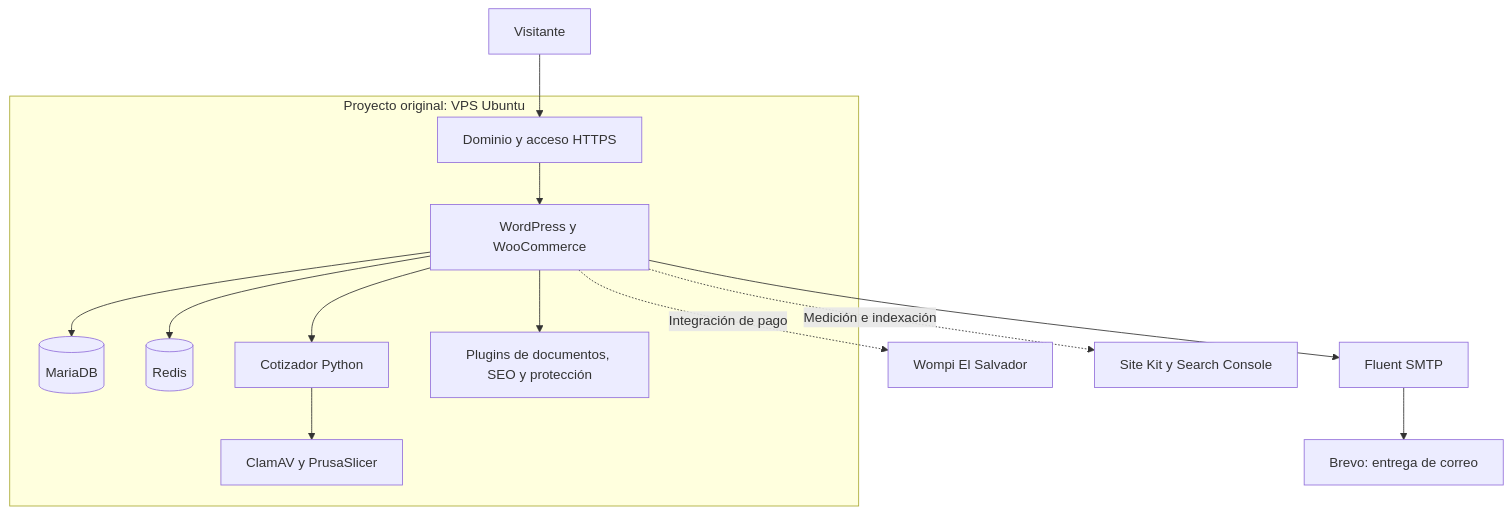
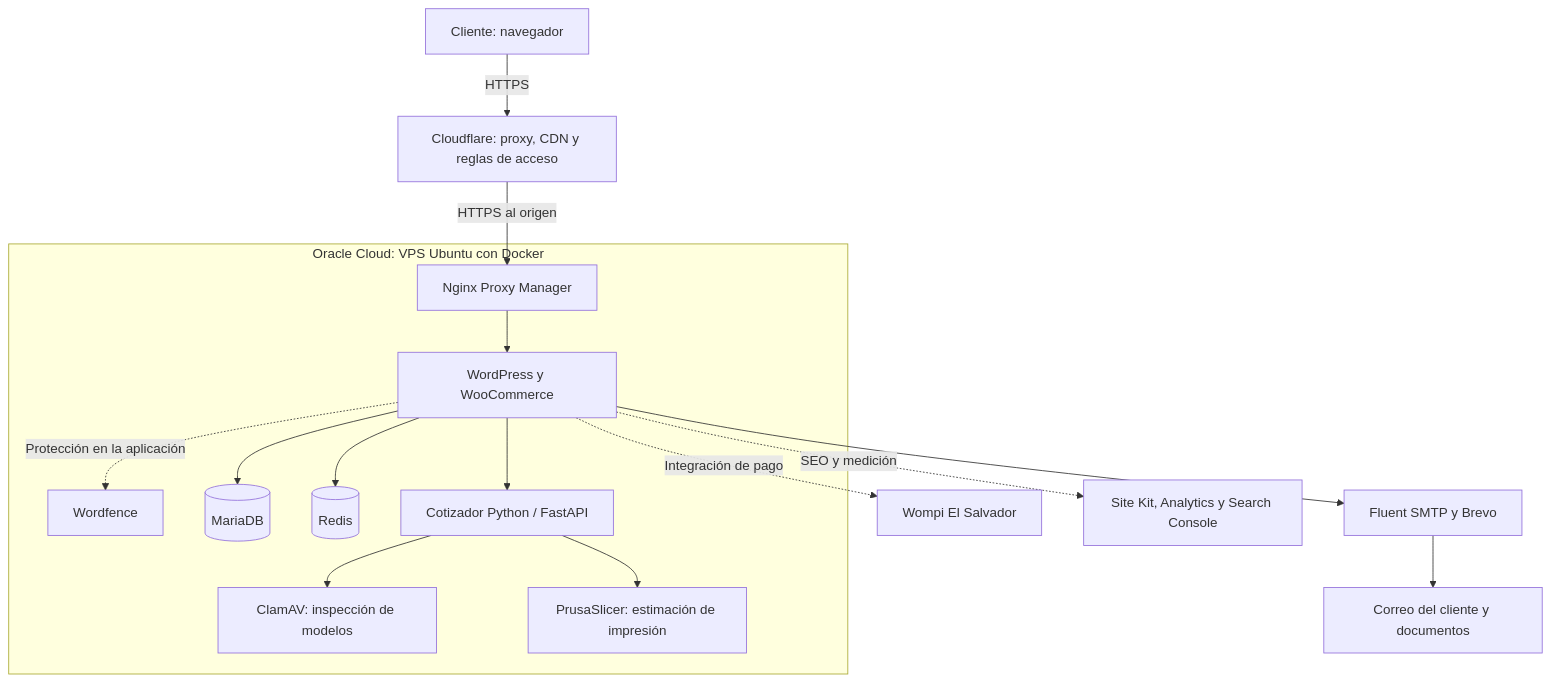
One commit to Eliasxgg/caso-ecommerce-3d changed the first of 2 diagrams in docs/ARQUITECTURA.md. Above: the diagram before and after it, drawn with Mermaid. The commit also changed other lines of this file and 5 other files, not shown here.

Commit message:
Prioritize original VPS architecture and incorporate academic context

````diff
--- a/docs/ARQUITECTURA.md
+++ b/docs/ARQUITECTURA.md
@@ -21,16 +7,18 @@
 ```mermaid
 flowchart TD
-    A[Visitante] --> B[Dominio y acceso HTTPS]
-    subgraph VPS[Proyecto original: VPS Ubuntu]
-      B --> C[WordPress y WooCommerce]
-      C --> D[(MariaDB)]
-      C --> E[(Redis)]
-      C --> F[Cotizador Python]
-      F --> G[ClamAV y PrusaSlicer]
-      C --> H[Plugins de documentos, SEO y protección]
+    CLIENTE["Cliente: navegador"] -->|HTTPS| CF["Cloudflare: proxy, CDN y reglas de acceso"]
+    CF -->|HTTPS al origen| PROXY["Nginx Proxy Manager"]
+    subgraph VPS["Oracle Cloud: VPS Ubuntu con Docker"]
+      PROXY --> WP["WordPress y WooCommerce"]
+      WP -. "Protección en la aplicación" .-> WF["Wordfence"]
+      WP --> DB[(MariaDB)]
+      WP --> CACHE[(Redis)]
+      WP --> API["Cotizador Python / FastAPI"]
+      API --> AV["ClamAV: inspección de modelos"]
+      API --> SLICE["PrusaSlicer: estimación de impresión"]
     end
-    C --> I[Fluent SMTP]
-    I --> J[Brevo: entrega de correo]
-    C -. Integración de pago .-> K[Wompi El Salvador]
-    C -. Medición e indexación .-> L[Site Kit y Search Console]
+    WP -. "Integración de pago" .-> PAGO["Wompi El Salvador"]
+    WP --> SMTP["Fluent SMTP y Brevo"]
+    SMTP --> CORREO["Correo del cliente y documentos"]
+    WP -. "SEO y medición" .-> GOOGLE["Site Kit, Analytics y Search Console"]
 ```
````
